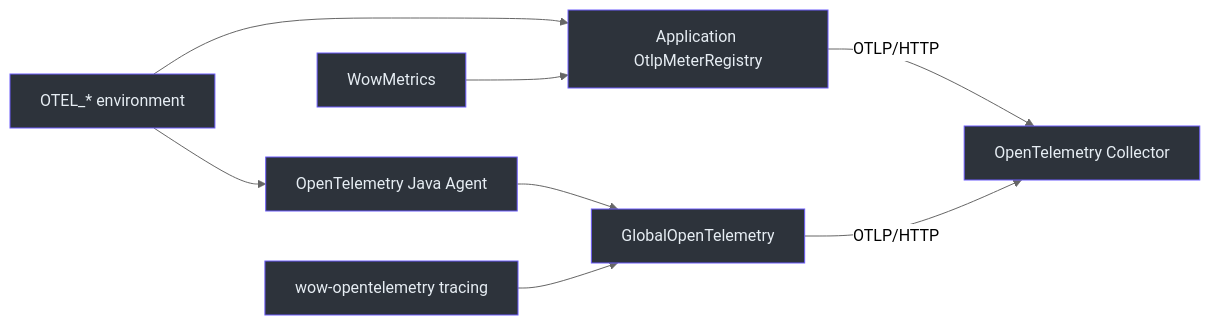
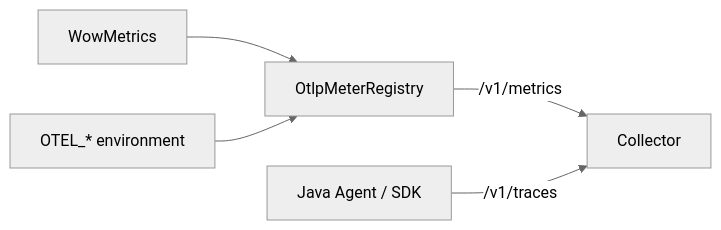
The diagram in documentation/docs/en/reference/config/observability.md (Ahoo-Wang/Wow), drawn with Mermaid (neutral theme) before and after one commit. The commit also changed other lines of this file and 166 other files, not shown here.

````diff
--- a/documentation/docs/en/reference/config/observability.md
+++ b/documentation/docs/en/reference/config/observability.md
@@ -149,13 +143,7 @@
 ```mermaid
 flowchart LR
-    Env["OTEL_* environment"] --> Otlp["Application OtlpMeterRegistry"]
-    Env --> Agent["OpenTelemetry Java Agent"]
-    Wow["WowMetrics"] --> Otlp
-    Otlp -->|"OTLP/HTTP"| Collector["OpenTelemetry Collector"]
-    Agent --> Global["GlobalOpenTelemetry"]
-    Tracing["wow-opentelemetry tracing"] --> Global
-    Global -->|"OTLP/HTTP"| Collector
-
-    classDef telemetry fill:#2d333b,stroke:#6d5dfc,color:#e6edf3
-    class Env,Otlp,Agent,Wow,Collector,Global,Tracing telemetry
+    Runtime["WowMetrics"] --> Registry["OtlpMeterRegistry"]
+    Env["OTEL_* environment"] --> Registry
+    Registry -->|"/v1/metrics"| Collector["Collector"]
+    Agent["Java Agent / SDK"] -->|"/v1/traces"| Collector
 ```
````
